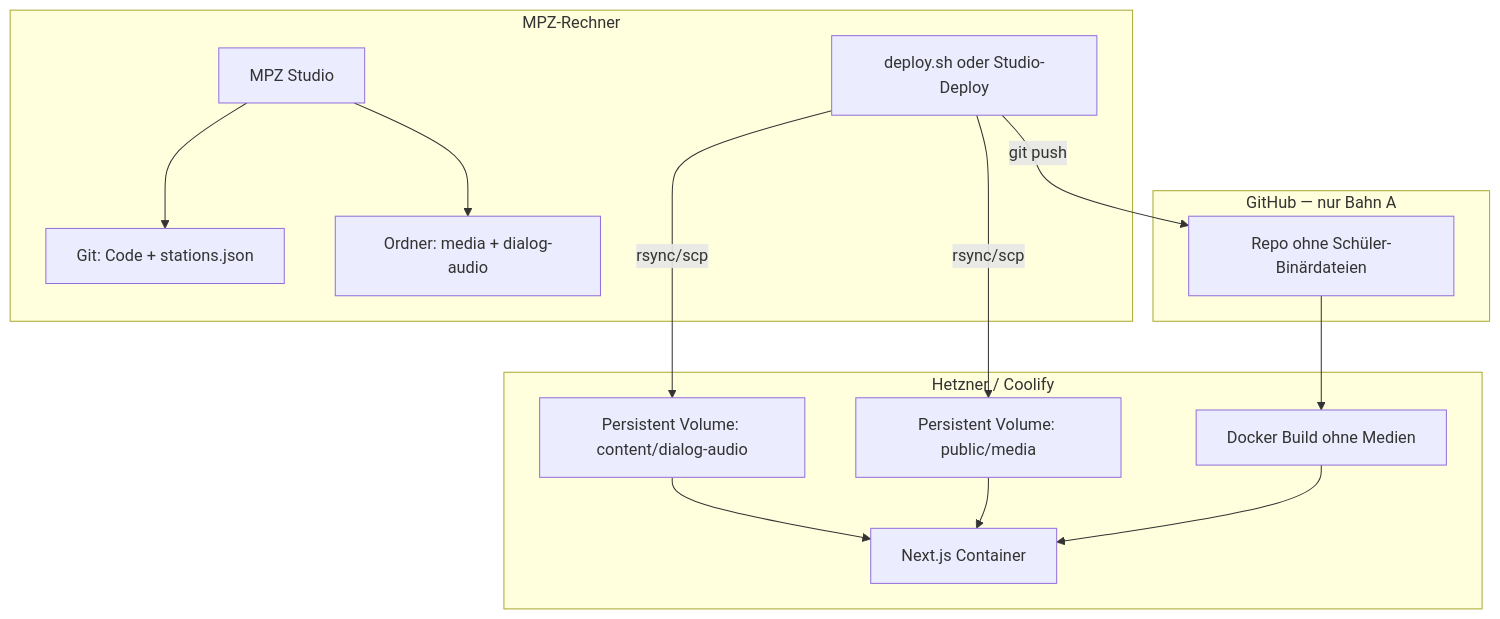
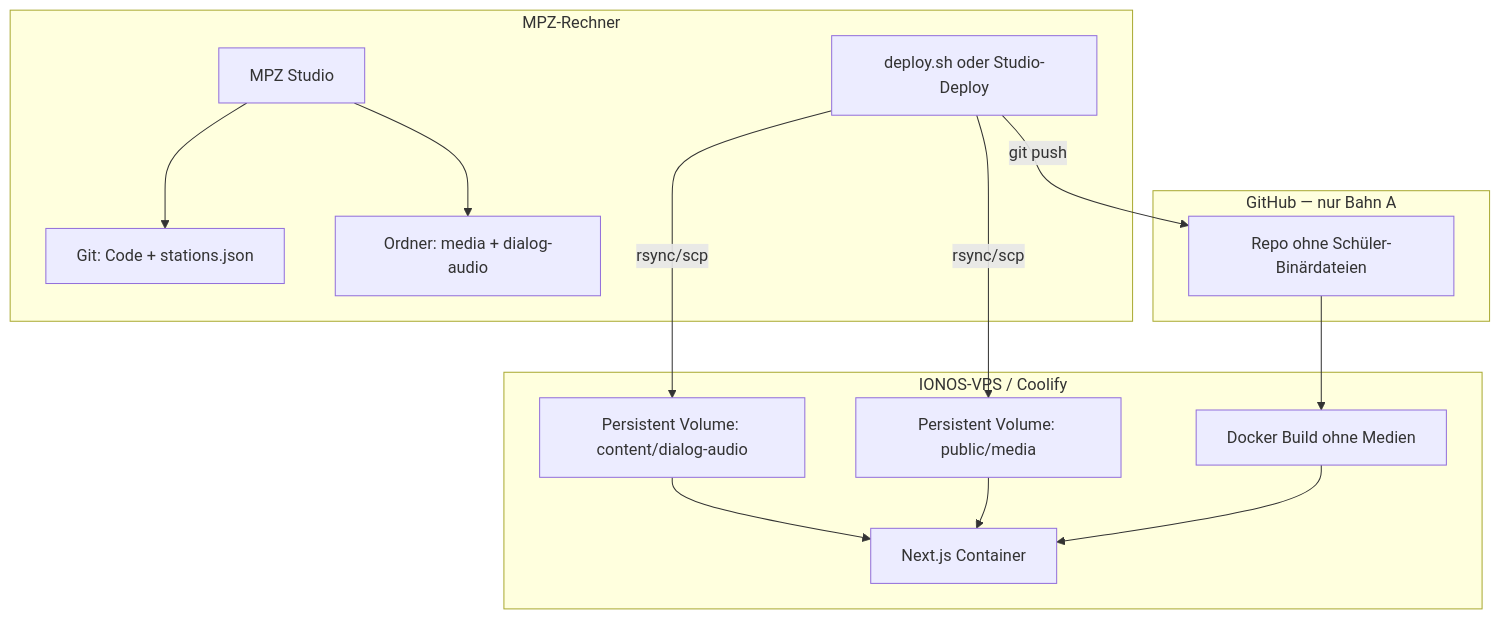
Before and after one commit to flxln/schulnavigator: the diagram in dokumentation/planung/schuelermedien-deploy-trennung/03-zielarchitektur.md, drawn with Mermaid. The commit also changed 50 other files, not shown here.

First line of the commit message:
Impressum und Datenschutz global erreichbar; Hosting-Doku IONOS-VPS.

````diff
--- a/dokumentation/planung/schuelermedien-deploy-trennung/03-zielarchitektur.md
+++ b/dokumentation/planung/schuelermedien-deploy-trennung/03-zielarchitektur.md
@@ -8,30 +8,30 @@
 ```mermaid
 flowchart TB
   subgraph lokal [MPZ-Rechner]
     Studio[MPZ Studio]
     Script[deploy.sh oder Studio-Deploy]
     CodeGit[Git: Code + stations.json]
     MediaLocal[Ordner: media + dialog-audio]
   end
 
   subgraph github [GitHub — nur Bahn A]
     Repo[Repo ohne Schüler-Binärdateien]
   end
 
-  subgraph server [Hetzner / Coolify]
+  subgraph server [IONOS-VPS / Coolify]
     Build[Docker Build ohne Medien]
     VolMedia[Persistent Volume: public/media]
     VolDialog[Persistent Volume: content/dialog-audio]
     App[Next.js Container]
   end
 
   Studio --> MediaLocal
   Studio --> CodeGit
   Script -->|git push| Repo
   Script -->|rsync/scp| VolMedia
   Script -->|rsync/scp| VolDialog
   Repo --> Build
   Build --> App
   VolMedia --> App
   VolDialog --> App
 ```
````
